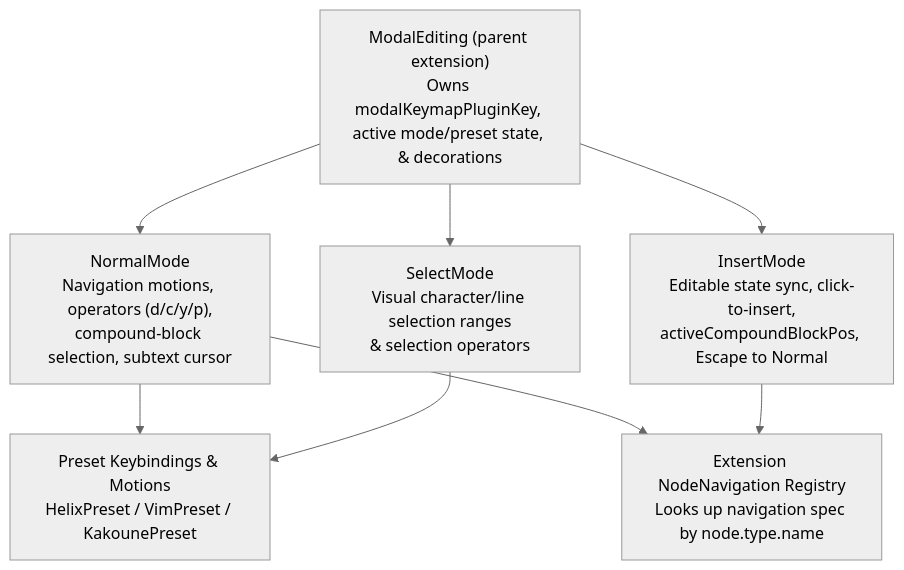
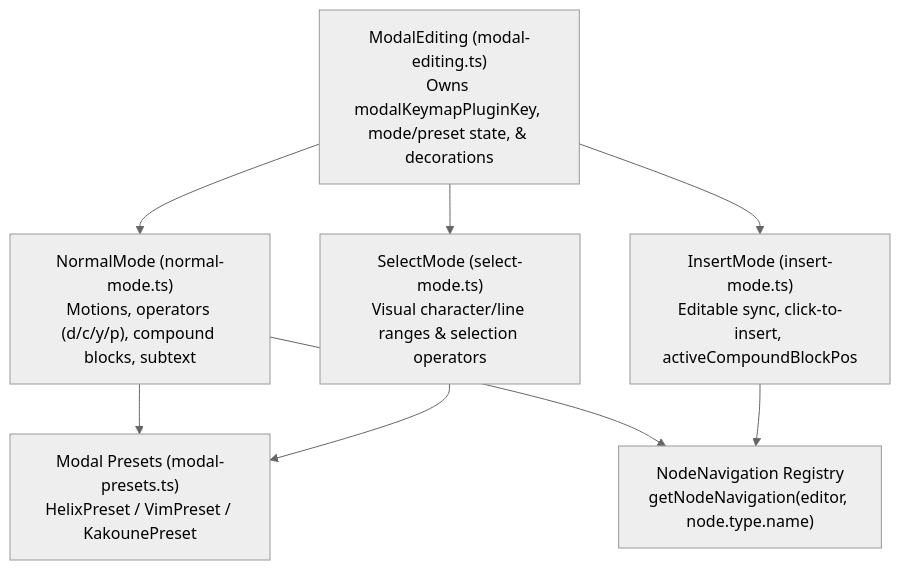
One commit to hypertextual/hypertextual changed the eighth of 8 diagrams in docs/architecture/htmd-ts/editor-extensions.md. Above: the diagram before and after it, drawn with Mermaid (neutral theme). The commit also changed other lines of this file and 4 other files, not shown here.

Commit message:
docs(architecture): rewrite editor and extension docs in simple English with diagrams and tables

````diff
--- a/docs/architecture/htmd-ts/editor-extensions.md
+++ b/docs/architecture/htmd-ts/editor-extensions.md
@@ -367,17 +270,13 @@
 ```mermaid
 flowchart TD
-    ME["ModalEditing (parent extension)<br/>Owns modalKeymapPluginKey, active mode/preset state, & decorations"]
-    NM["NormalMode<br/>Navigation motions, operators (d/c/y/p),<br/>compound-block selection, subtext cursor"]
-    SM["SelectMode<br/>Visual character/line selection ranges<br/>& selection operators"]
-    IM["InsertMode<br/>Editable state sync, click-to-insert,<br/>activeCompoundBlockPos, Escape to Normal"]
-    Presets["Preset Keybindings & Motions<br/>HelixPreset / VimPreset / KakounePreset"]
-    NavReg["Extension NodeNavigation Registry<br/>Looks up navigation spec by node.type.name"]
+    ME["ModalEditing (modal-editing.ts)<br/>Owns modalKeymapPluginKey, mode/preset state, & decorations"]
+    NM["NormalMode (normal-mode.ts)<br/>Motions, operators (d/c/y/p), compound blocks, subtext"]
+    SM["SelectMode (select-mode.ts)<br/>Visual character/line ranges & selection operators"]
+    IM["InsertMode (insert-mode.ts)<br/>Editable sync, click-to-insert, activeCompoundBlockPos"]
+    Presets["Modal Presets (modal-presets.ts)<br/>HelixPreset / VimPreset / KakounePreset"]
+    NavReg["NodeNavigation Registry<br/>getNodeNavigation(editor, node.type.name)"]
 
-    ME --> NM
-    ME --> SM
-    ME --> IM
-    NM --> Presets
-    SM --> Presets
-    NM --> NavReg
-    IM --> NavReg
+    ME --> NM & SM & IM
+    NM & SM --> Presets
+    NM & IM --> NavReg
 ```
````
